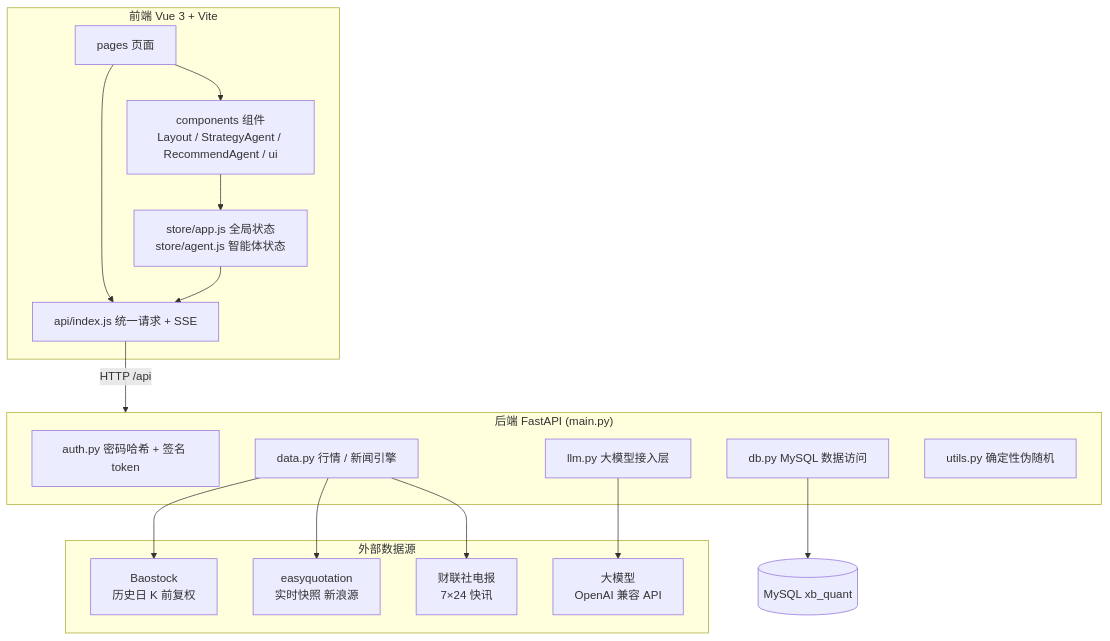
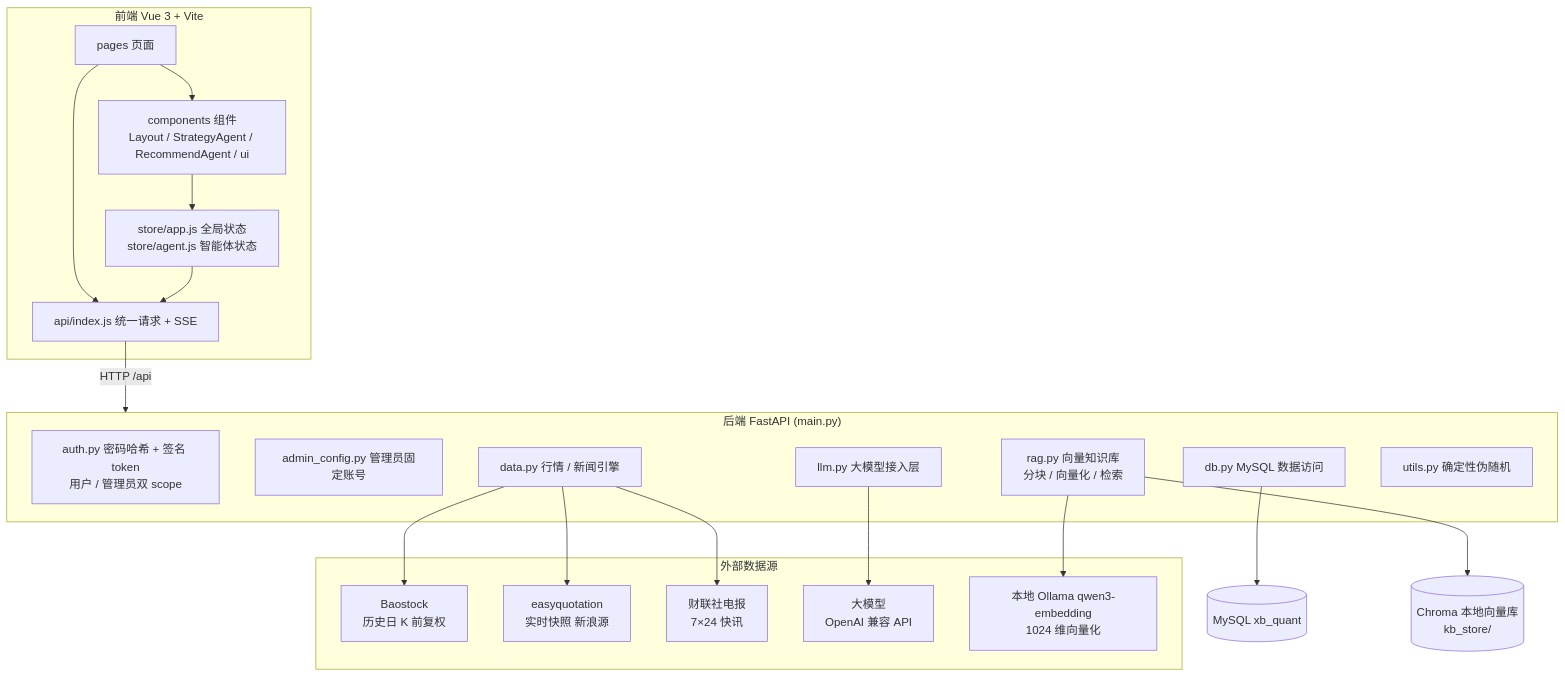
The first of 11 diagrams in README.md (Song-Yingji/Iktsuarpok), drawn with Mermaid before and after one commit. The commit also changed other lines of this file and 24 other files, not shown here.

````diff
--- a/README.md
+++ b/README.md
@@ -126,37 +156,43 @@
 ```mermaid
 graph TB
     subgraph FE["前端 Vue 3 + Vite"]
         PAGES[pages 页面]
         COMP[components 组件<br/>Layout / StrategyAgent / RecommendAgent / ui]
         APIJS[api/index.js 统一请求 + SSE]
         STORE[store/app.js 全局状态<br/>store/agent.js 智能体状态]
     end
 
     subgraph BE["后端 FastAPI (main.py)"]
-        AUTH[auth.py 密码哈希 + 签名 token]
+        AUTH[auth.py 密码哈希 + 签名 token<br/>用户 / 管理员双 scope]
+        ADMIN[admin_config.py 管理员固定账号]
         LLM[llm.py 大模型接入层]
+        RAG[rag.py 向量知识库<br/>分块 / 向量化 / 检索]
         DATA[data.py 行情 / 新闻引擎]
         DB[db.py MySQL 数据访问]
         UTIL[utils.py 确定性伪随机]
     end
 
     subgraph SRC["外部数据源"]
         BS[Baostock<br/>历史日 K 前复权]
         EQ[easyquotation<br/>实时快照 新浪源]
         CLS[财联社电报<br/>7×24 快讯]
         LLMS[大模型<br/>OpenAI 兼容 API]
+        EMB[本地 Ollama qwen3-embedding<br/>1024 维向量化]
     end
 
     MYSQL[(MySQL xb_quant)]
+    CHROMA[(Chroma 本地向量库<br/>kb_store/)]
 
     PAGES --> COMP
     PAGES --> APIJS
     COMP --> STORE
     STORE --> APIJS
     APIJS -->|HTTP /api| BE
     LLM --> LLMS
+    RAG --> EMB
+    RAG --> CHROMA
     DATA --> BS
     DATA --> EQ
     DATA --> CLS
     DB --> MYSQL
 ```
````
